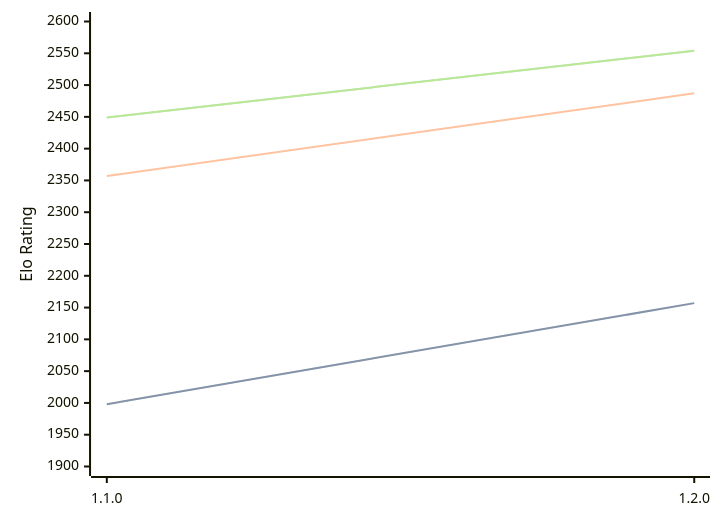
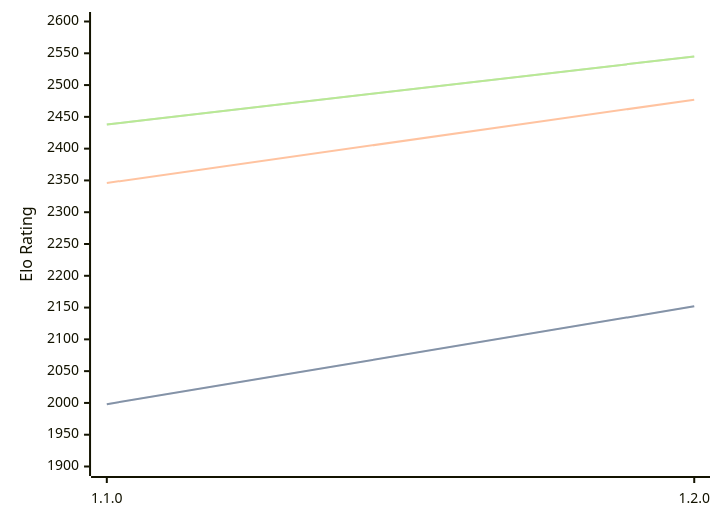
Before and after one commit to computer-chess-index/cci: the diagram in engines/Gyatso.md, drawn with Mermaid. The commit also changed other lines of this file, not shown here.

Commit message:
Update CCI Ratings (ELO VLTC) - 2026-03-19

````diff
--- a/engines/Gyatso.md
+++ b/engines/Gyatso.md
@@ -31,11 +31,11 @@
 ```mermaid
 %%{init: {"theme":"base","themeVariables":{"seriesColors:['#a3a3a3','#222221','#faa371']}}}%%
 xychart-beta
   x-axis ["1.1.0", "1.2.0"]
   y-axis "Elo Rating" 1900 --> 2600
-  line "STC (8.0+0.08s)" [1998, 2157]
-  line "STC (8.0+0.08s)" [1998, 2157]
-  line "LTC (60.0+0.60s)" [2357, 2487]
-  line "VLTC (2m24s+1.12s)" [2449, 2554]
-  line "VLTC (2m24s+1.12s)" [2449, 2554]
+  line "STC (8.0+0.08s)" [1998, 2152]
+  line "STC (8.0+0.08s)" [1998, 2152]
+  line "LTC (60.0+0.60s)" [2346, 2477]
+  line "VLTC (2m24s+1.12s)" [2438, 2545]
+  line "VLTC (2m24s+1.12s)" [2438, 2545]
 ```
````
